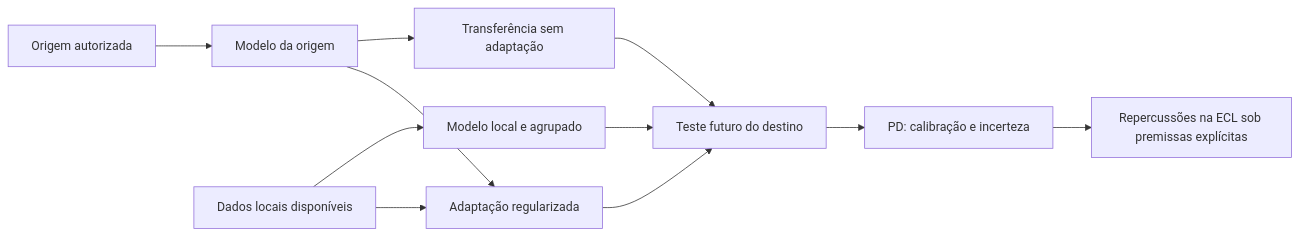
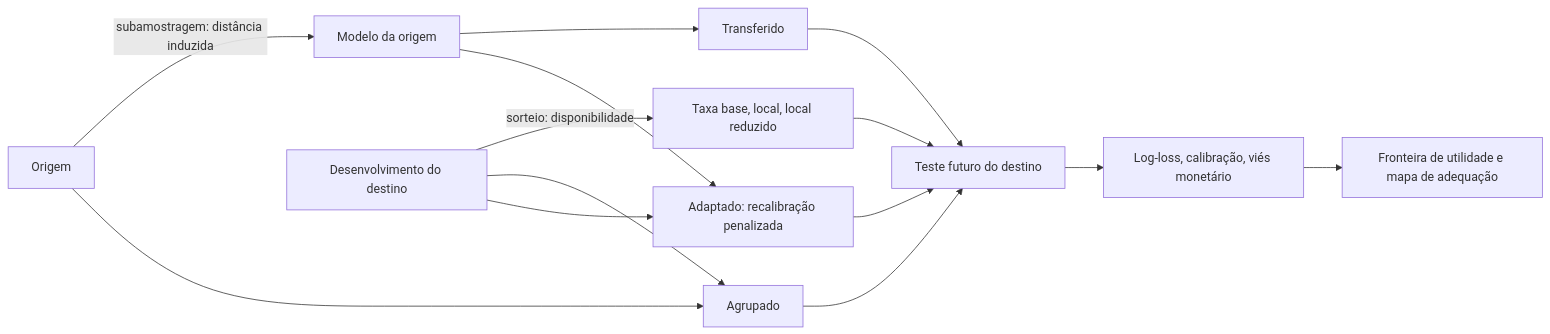
The diagram in README.md (Arthur0311/dissertacao-ecl-ml), drawn with Mermaid before and after one commit. The commit also changed other lines of this file and 21 other files, not shown here.

First line of the commit message:
Proposta v4: transferência e recalibração de PD, com critério de adequação e viés monetário

````diff
--- a/README.md
+++ b/README.md
@@ -32,13 +38,16 @@
 ```mermaid
 flowchart LR
-    A[Origem autorizada] --> C[Modelo da origem]
-    B[Dados locais disponíveis] --> D[Modelo local e agrupado]
-    C --> E[Transferência sem adaptação]
-    C --> F[Adaptação regularizada]
-    B --> F
-    D --> G[Teste futuro do destino]
-    E --> G
-    F --> G
-    G --> H[PD: calibração e incerteza]
-    H --> I[Repercussões na ECL sob premissas explícitas]
+    O[Origem] -->|subamostragem: distância induzida| M[Modelo da origem]
+    L[Desenvolvimento do destino] -->|sorteio: disponibilidade| R[Taxa base, local, local reduzido]
+    O --> G[Agrupado]
+    L --> G
+    M --> T[Transferido]
+    M --> A[Adaptado: recalibração penalizada]
+    L --> A
+    R --> X[Teste futuro do destino]
+    G --> X
+    T --> X
+    A --> X
+    X --> Q[Log-loss, calibração, viés monetário]
+    Q --> F[Fronteira de utilidade e mapa de adequação]
 ```
````
